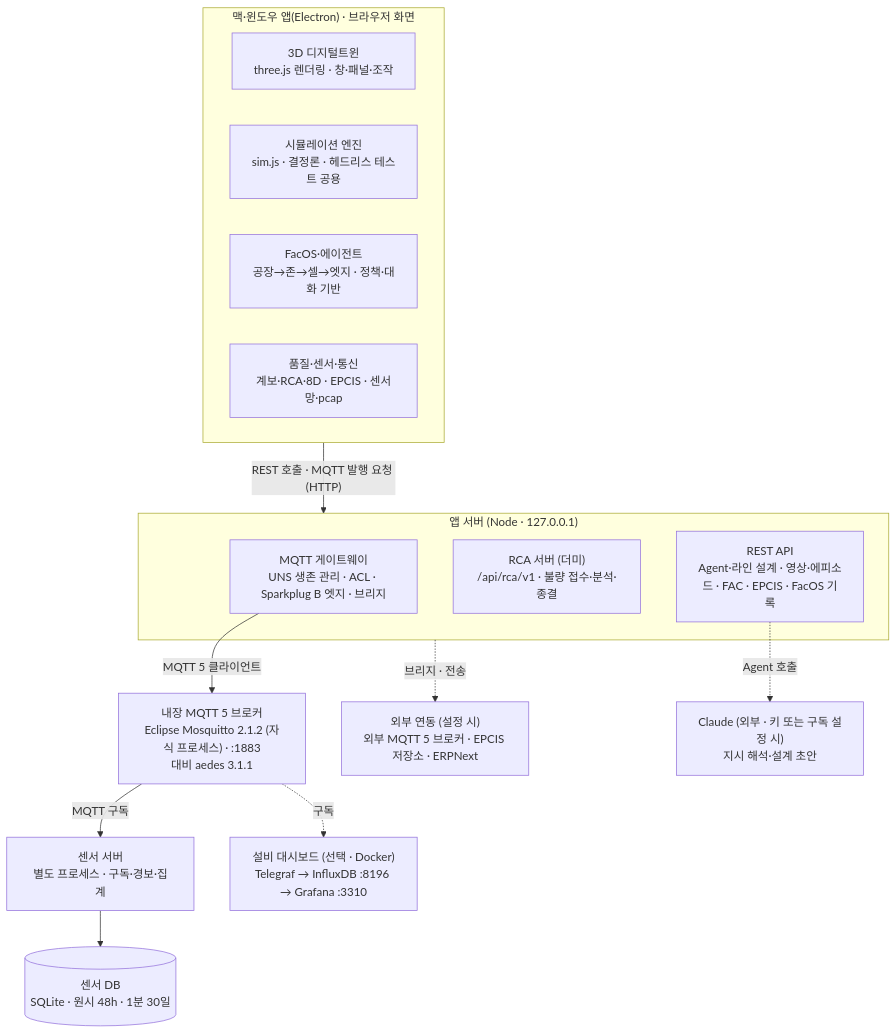
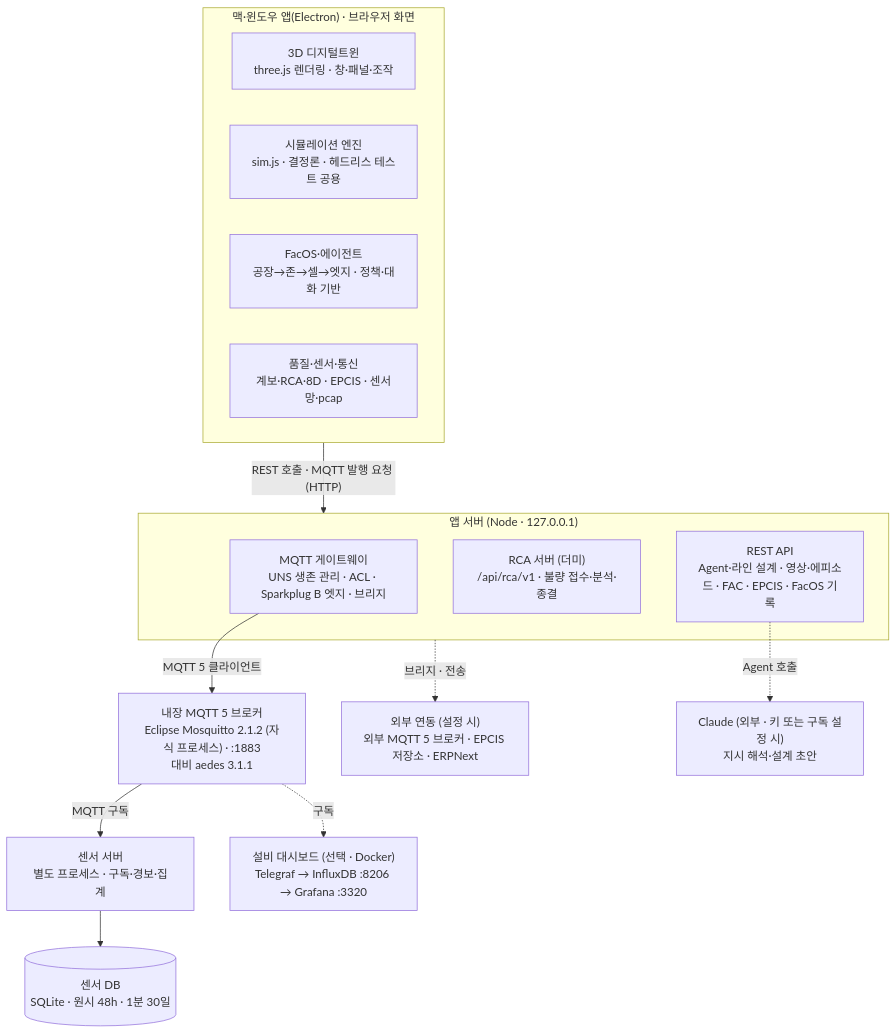
Before and after one commit to theuniversepark/jin-3d: the first of 2 diagrams in docs/DESIGN.md, drawn with Mermaid. The commit also changed other lines of this file and 53 other files, not shown here.

````diff
--- a/docs/DESIGN.md
+++ b/docs/DESIGN.md
@@ -94,27 +94,27 @@
 ```mermaid
 flowchart TB
   subgraph Client["맥·윈도우 앱(Electron) · 브라우저 화면"]
     T3D["3D 디지털트윈<br/>three.js 렌더링 · 창·패널·조작"]
     SIM["시뮬레이션 엔진<br/>sim.js · 결정론 · 헤드리스 테스트 공용"]
     FOS["FacOS·에이전트<br/>공장→존→셀→엣지 · 정책·대화 기반"]
     QS["품질·센서·통신<br/>계보·RCA·8D · EPCIS · 센서망·pcap"]
   end
   subgraph App["앱 서버 (Node · 127.0.0.1)"]
     GW["MQTT 게이트웨이<br/>UNS 생존 관리 · ACL · Sparkplug B 엣지 · 브리지"]
     RCA["RCA 서버 (더미)<br/>/api/rca/v1 · 불량 접수·분석·종결"]
     REST["REST API<br/>Agent·라인 설계 · 영상·에피소드 · FAC · EPCIS · FacOS 기록"]
   end
   BRK["내장 MQTT 5 브로커<br/>Eclipse Mosquitto 2.1.2 (자식 프로세스) · :1883<br/>대비 aedes 3.1.1"]
   SS["센서 서버<br/>별도 프로세스 · 구독·경보·집계"]
   DB[("센서 DB<br/>SQLite · 원시 48h · 1분 30일")]
-  MON["설비 대시보드 (선택 · Docker)<br/>Telegraf → InfluxDB :8196 → Grafana :3310"]
+  MON["설비 대시보드 (선택 · Docker)<br/>Telegraf → InfluxDB :8206 → Grafana :3320"]
   EXT["외부 연동 (설정 시)<br/>외부 MQTT 5 브로커 · EPCIS 저장소 · ERPNext"]
   CL["Claude (외부 · 키 또는 구독 설정 시)<br/>지시 해석·설계 초안"]
   Client -- "REST 호출 · MQTT 발행 요청 (HTTP)" --> App
   GW -- "MQTT 5 클라이언트" --> BRK
   BRK -- "MQTT 구독" --> SS
   SS --> DB
   BRK -. "구독" .-> MON
   App -. "브리지 · 전송" .-> EXT
   REST -. "Agent 호출" .-> CL
 ```
````
